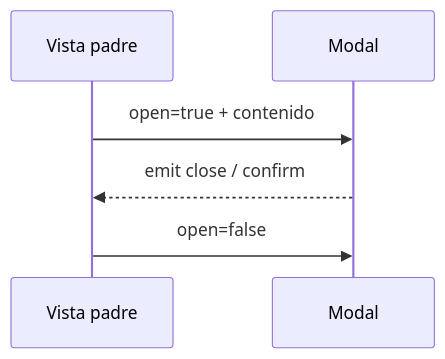
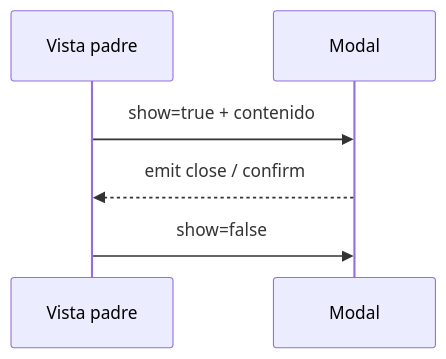
Before and after one commit to Anagamedina/ft_transcendence: the third of 3 diagrams in docs/florinda/02-layout-components/03-diagrama.md, drawn with Mermaid. The commit also changed 2 other files, not shown here.

Commit message:
docs(florinda): documentar issue 02 - layout y componentes compartidos

````diff
--- a/docs/florinda/02-layout-components/03-diagrama.md
+++ b/docs/florinda/02-layout-components/03-diagrama.md
@@ -22,8 +22,8 @@
 ```mermaid
 sequenceDiagram
  participant P as Vista padre
  participant M as Modal
- P->>M: open=true + contenido
+ P->>M: show=true + contenido
  M-->>P: emit close / confirm
- P->>M: open=false
+ P->>M: show=false
 ```
````
